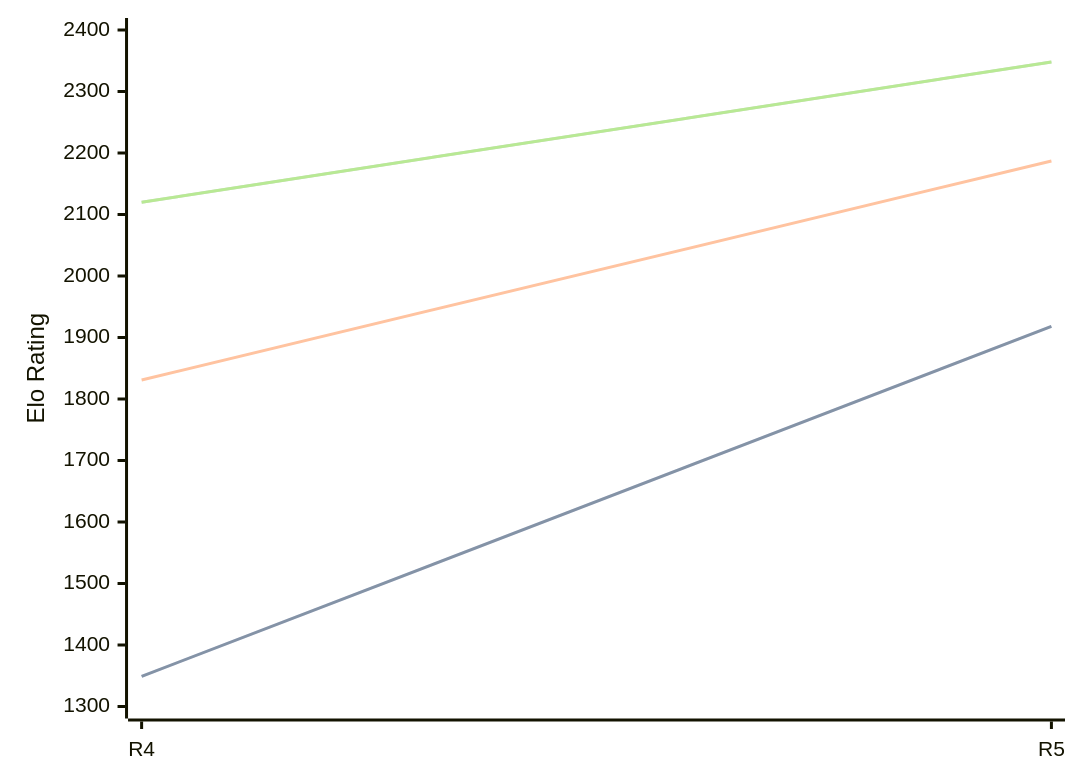
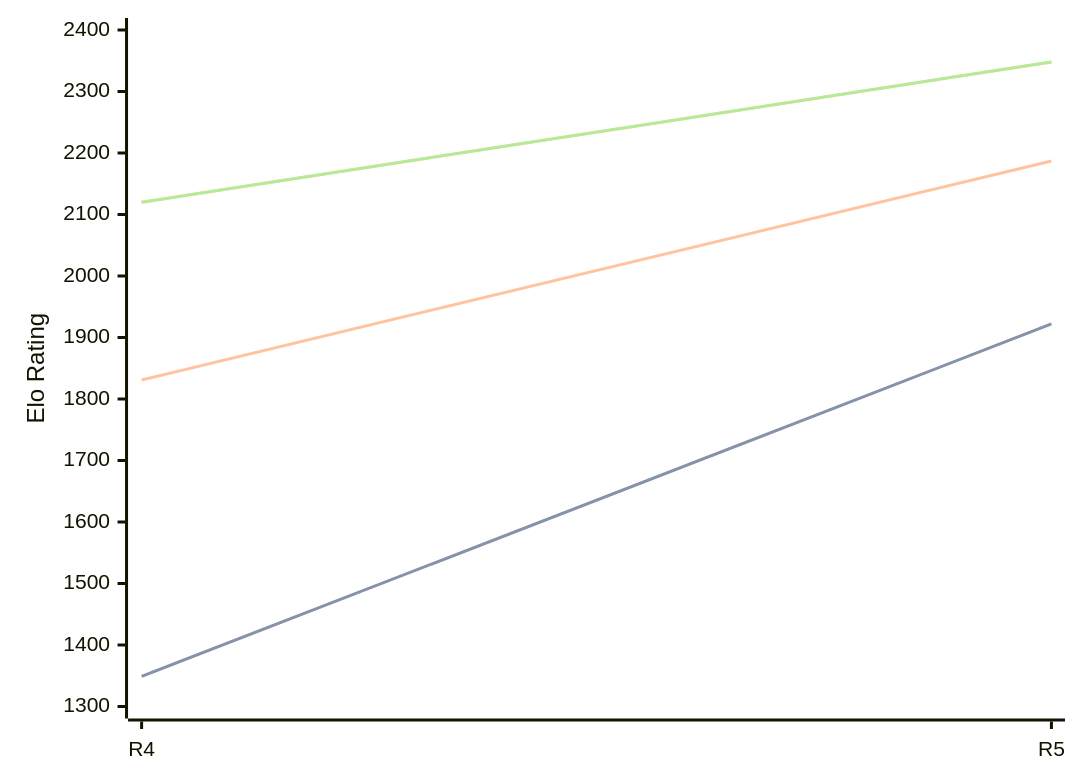
One commit to computer-chess-index/cci changed the diagram in engines/Viking.md. Above: the diagram before and after it, drawn with Mermaid. The commit also changed other lines of this file, not shown here.

````diff
--- a/engines/Viking.md
+++ b/engines/Viking.md
@@ -35,11 +35,11 @@
 ```mermaid
 %%{init: {"theme":"base","themeVariables":{"seriesColors:['#a3a3a3','#222221','#faa371']}}}%%
 xychart-beta
   x-axis ["R4", "R5"]
   y-axis "Elo Rating" 1300 --> 2400
-  line "" [1349, 1918]
-  line "STC (8.0+0.08s)" [1349, 1918]
+  line "" [1349, 1922]
+  line "STC (8.0+0.08s)" [1349, 1922]
   line "LTC (60.0+0.60s)" [1831, 2187]
   line "" [2120, 2348]
   line "VLTC (2m24s+1.12s)" [2120, 2348]
 ```
````
